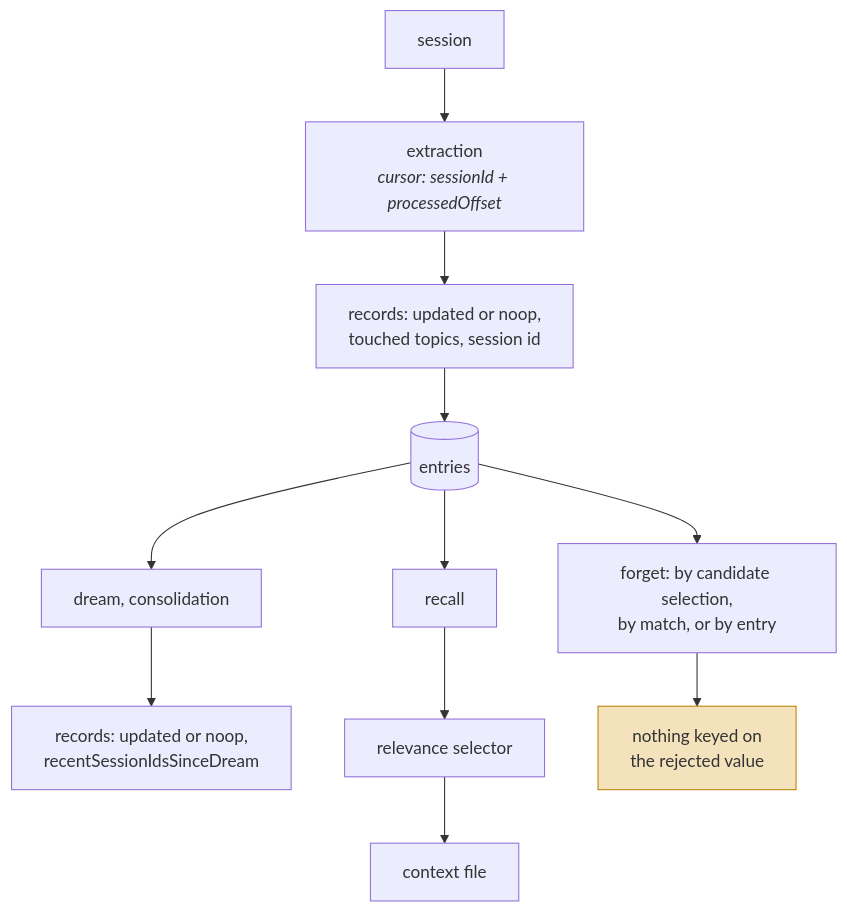
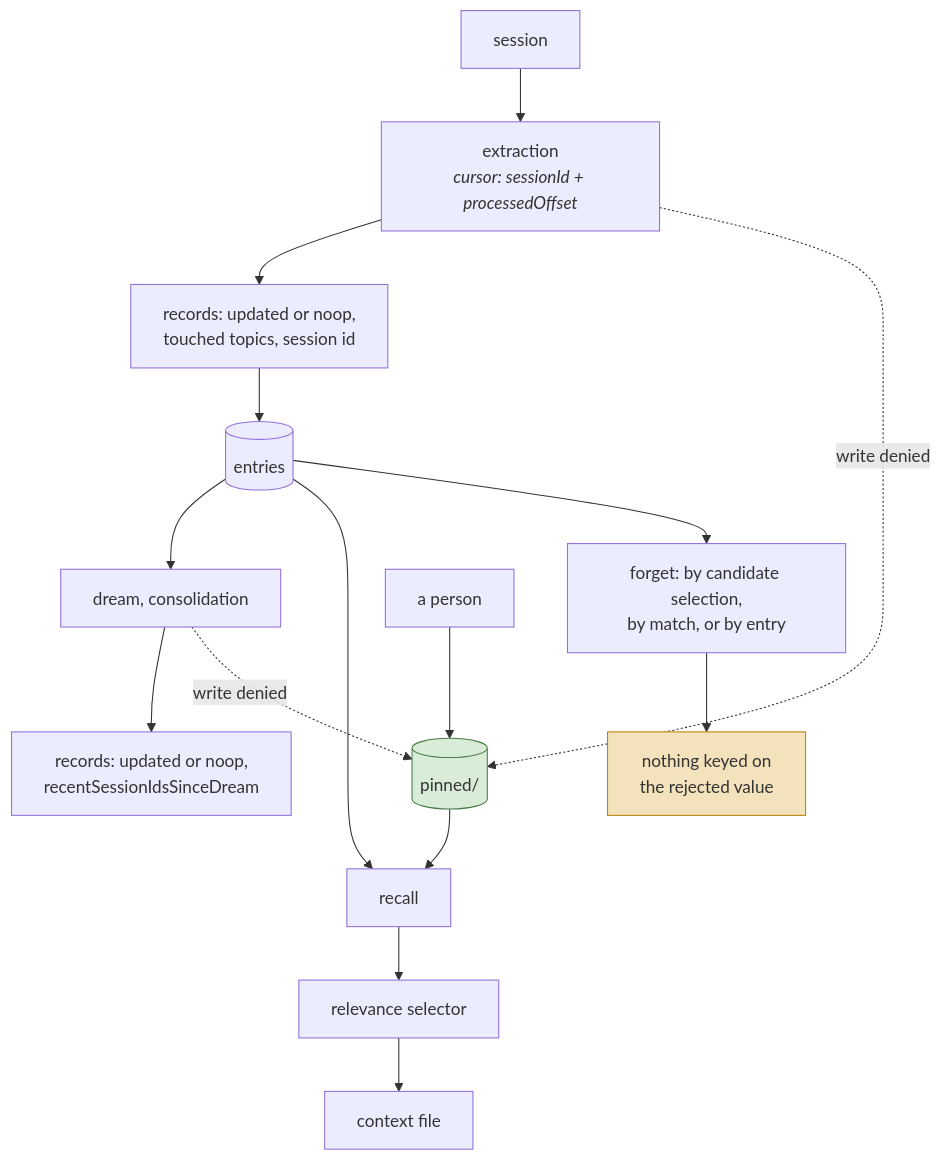
Before and after one commit to neoneye/agent-memory-atlas: the diagram in content/systems/qwen-code.md, drawn with Mermaid. The commit also changed other lines of this file and 9 other files, not shown here.

````diff
--- a/content/systems/qwen-code.md
+++ b/content/systems/qwen-code.md
@@ -86,13 +94,19 @@
 ```mermaid
 flowchart TB
     S["session"] --> EX["extraction<br/><i>cursor: sessionId + processedOffset</i>"]
     EX --> R1["records: updated or noop,<br/>touched topics, session id"]
     R1 --> E[("entries")]
     E --> DR["dream, consolidation"]
     DR --> R2["records: updated or noop,<br/>recentSessionIdsSinceDream"]
     E --> RC["recall"] --> RS["relevance selector"] --> CF["context file"]
     E --> FG["forget: by candidate selection,<br/>by match, or by entry"]
     FG --> NK["nothing keyed on<br/>the rejected value"]
 
+    H["a person"] --> P[("pinned/")]
+    P --> RC
+    EX -. "write denied" .-> P
+    DR -. "write denied" .-> P
+
     style NK fill:#f4e2bd,stroke:#b8860b
+    style P fill:#d8ecd8,stroke:#4a7c4a
 ```
````
